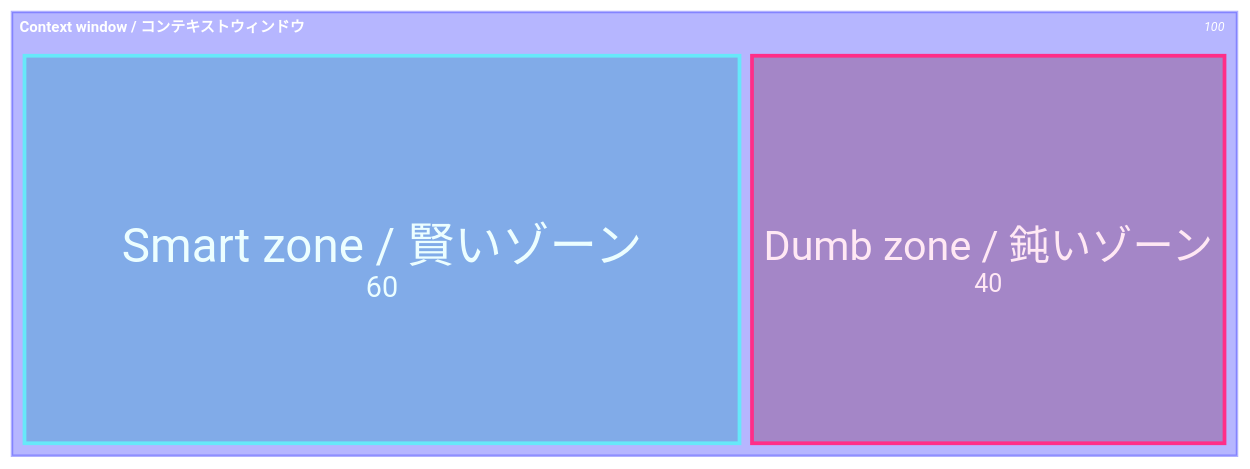
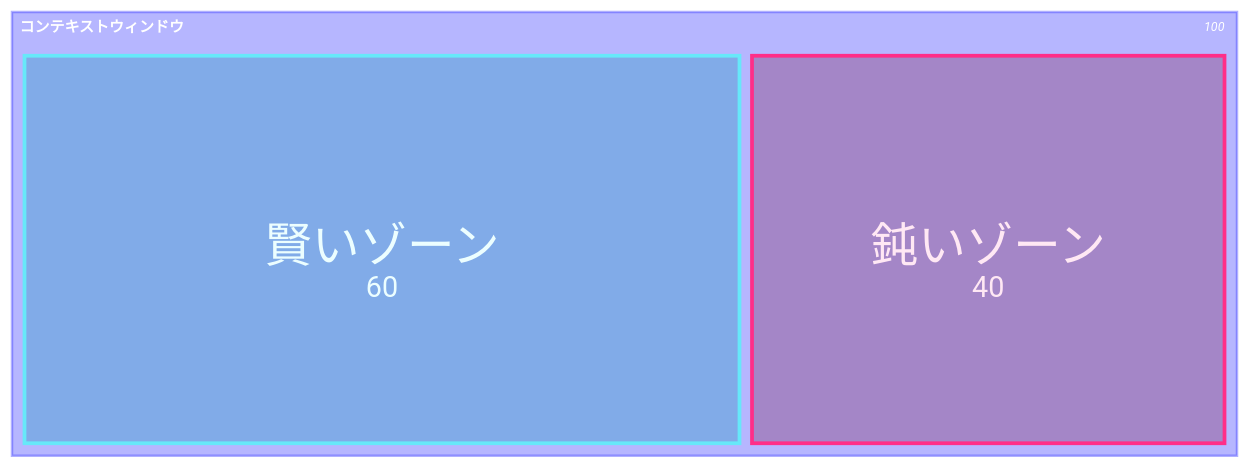
Before and after one commit to theomonfort/theomonfort: the first of 6 diagrams in src/content/playbook/ja/context-engineering.md, drawn with Mermaid. The commit also changed other lines of this file and 17 other files, not shown here.

````diff
--- a/src/content/playbook/ja/context-engineering.md
+++ b/src/content/playbook/ja/context-engineering.md
@@ -41,8 +41,8 @@
 ```mermaid
 treemap-beta
-"Context window / コンテキストウィンドウ"
-  "Smart zone / 賢いゾーン": 60:::smart
-  "Dumb zone / 鈍いゾーン": 40:::dumb
+"コンテキストウィンドウ"
+  "賢いゾーン": 60:::smart
+  "鈍いゾーン": 40:::dumb
 classDef smart fill:#0891b2,stroke:#67e8f9,color:#ecfeff
 classDef dumb fill:#7a1748,stroke:#ff2e88,color:#ffe8f4
 ```
````
